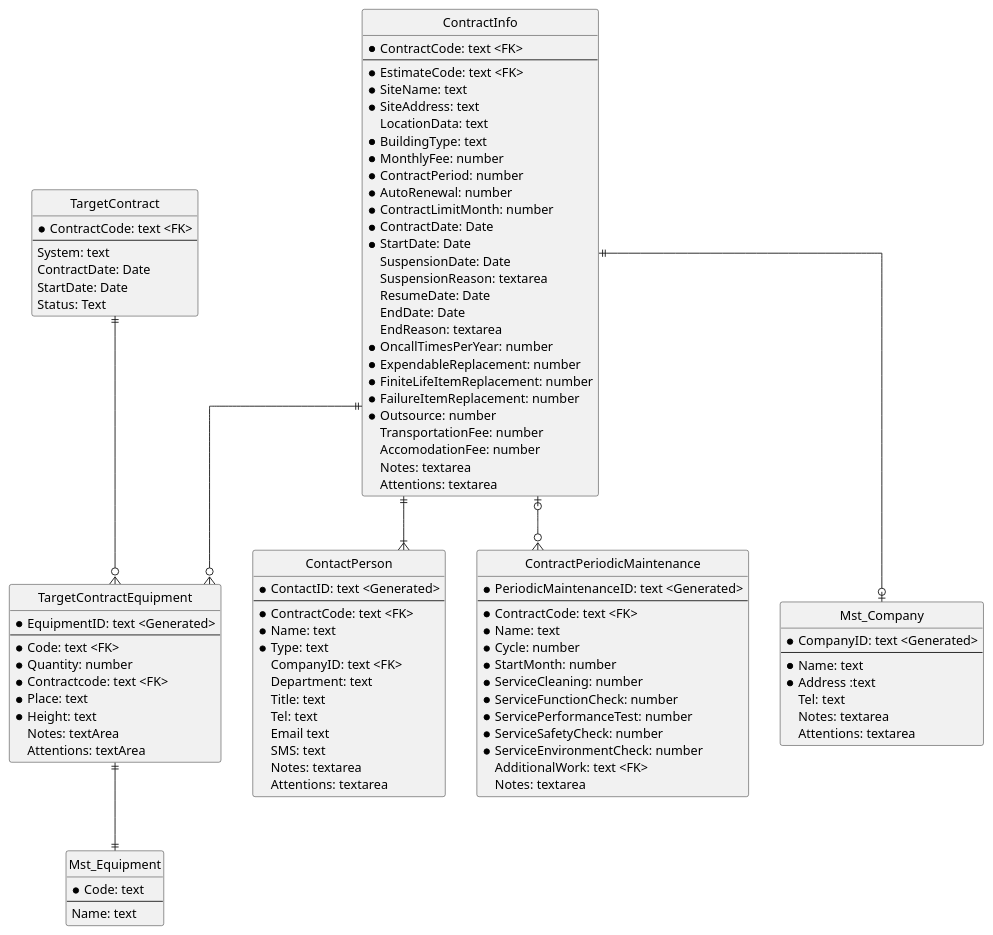
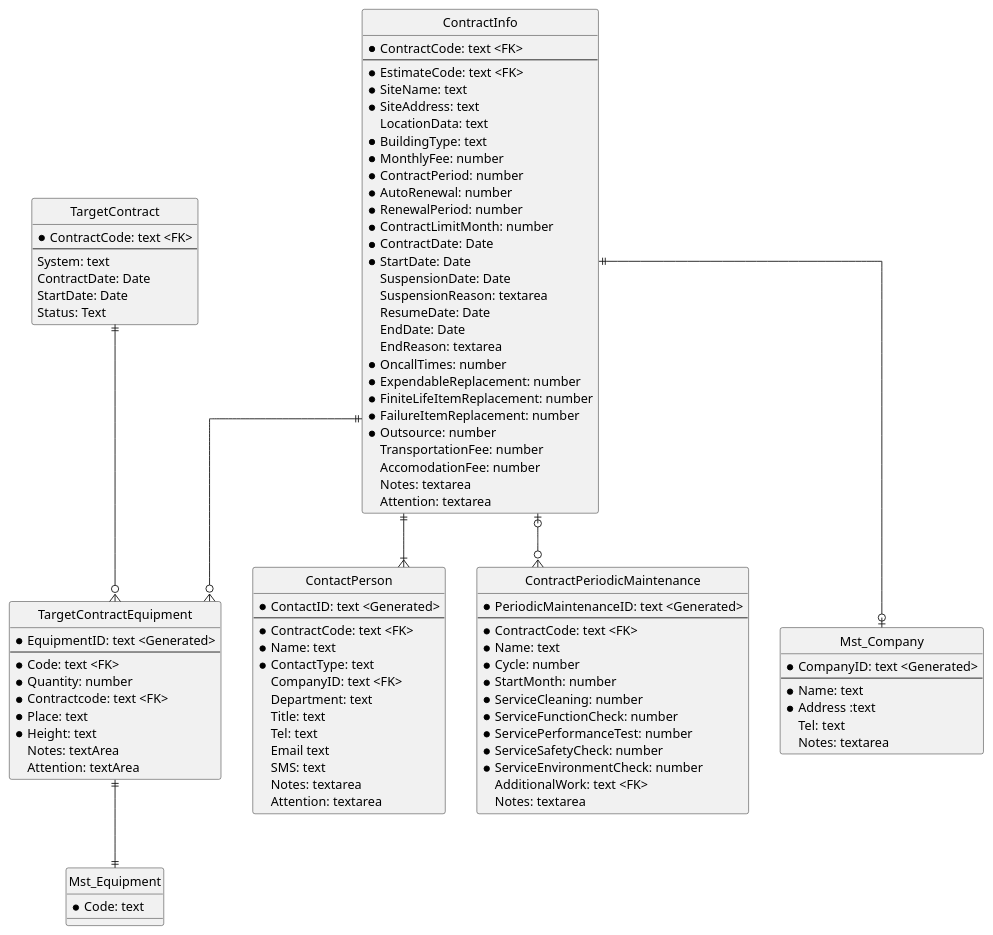
Before and after one commit to himiz6912/mms: the diagram in er_contract.pu, drawn with PlantUML. The commit also changed 2 other files, not shown here.

```diff
--- a/er_contract.pu
+++ b/er_contract.pu
@@ -1,108 +1,106 @@
 @startuml
 hide circle
 skinparam linetype ortho
 
 entity ContractInfo {
     * ContractCode: text <FK>
     --
     * EstimateCode: text <FK>
     * SiteName: text
     * SiteAddress: text
     LocationData: text
     * BuildingType: text
     * MonthlyFee: number
     * ContractPeriod: number
     * AutoRenewal: number
+    * RenewalPeriod: number
     * ContractLimitMonth: number
     * ContractDate: Date
     * StartDate: Date
     SuspensionDate: Date
     SuspensionReason: textarea
     ResumeDate: Date
     EndDate: Date
     EndReason: textarea
-    * OncallTimesPerYear: number
+    * OncallTimes: number
     * ExpendableReplacement: number
     * FiniteLifeItemReplacement: number
     * FailureItemReplacement: number
     * Outsource: number
     TransportationFee: number
     AccomodationFee: number
     Notes: textarea
-    Attentions: textarea
+    Attention: textarea
 }
 ' BuildingType: Office/ Factory/ Warehouse/ House/ Apartment/ Office building/ Store/ .. 
 entity TargetContract {
     * ContractCode: text <FK>
     --
     System: text
     ContractDate: Date
     StartDate: Date
     Status: Text
 }
 entity TargetContractEquipment {
     * EquipmentID: text <Generated>
     --
     * Code: text <FK>
     * Quantity: number
     * Contractcode: text <FK>
     * Place: text
     * Height: text
     Notes: textArea
-    Attentions: textArea
+    Attention: textArea
 }
 ' Height: Normal height/ Airial work platform/ Airial Work vehicle
 entity Mst_Equipment {
     * Code: text
-    --
-    Name: text
 }
 entity ContactPerson {
     * ContactID: text <Generated>
     --
     * ContractCode: text <FK>
     * Name: text
-    * Type: text
+    * ContactType: text
     CompanyID: text <FK>
     Department: text
     Title: text
     Tel: text
     Email text
     SMS: text
     Notes: textarea
-    Attentions: textarea
+    Attention: textarea
 }
-' Type: Contract/ Emergency/ Appointment/ Habitant/ Security/ Employee
+' ContactType: Contract/ Emergency/ Appointment/ Habitant/ Security/ Employee
 entity ContractPeriodicMaintenance {
     * PeriodicMaintenanceID: text <Generated>
     --
     * ContractCode: text <FK>
     * Name: text
     * Cycle: number
     * StartMonth: number
     * ServiceCleaning: number
     * ServiceFunctionCheck: number
     * ServicePerformanceTest: number
     * ServiceSafetyCheck: number
     * ServiceEnvironmentCheck: number
     AdditionalWork: text <FK>
     Notes: textarea
 }
 ' AdditionalWork: array of CheckStandardID
 entity Mst_Company {
     * CompanyID: text <Generated>
     --
     * Name: text
     * Address :text
     Tel: text
     Notes: textarea
-    Attentions: textarea
 }
 
 ContractInfo ||--o{ TargetContractEquipment
 ContractInfo ||--o| Mst_Company
 ContractInfo |o--o{ ContractPeriodicMaintenance
 ContractInfo ||--|{ ContactPerson
 TargetContract ||--o{ TargetContractEquipment
 TargetContractEquipment ||--|| Mst_Equipment
 @enduml
```
